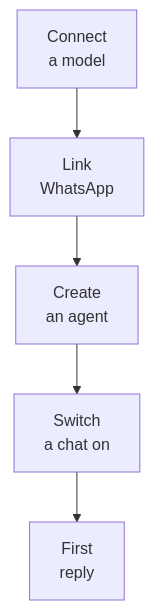
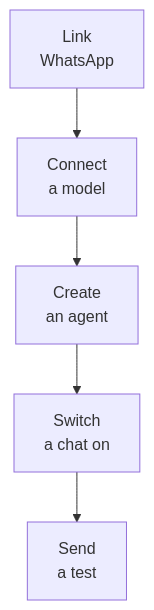
Before and after one commit to vikramgorla/duniya: the diagram in docs/diagrams/first-steps.mmd, drawn with Mermaid. The commit also changed 87 other files, not shown here.

```diff
--- a/docs/diagrams/first-steps.mmd
+++ b/docs/diagrams/first-steps.mmd
@@ -1,2 +1,2 @@
 flowchart TD
-  M["Connect<br/>a model"] --> L["Link<br/>WhatsApp"] --> A["Create<br/>an agent"] --> C["Switch<br/>a chat on"] --> R["First<br/>reply"]
+  L["Link<br/>WhatsApp"] --> M["Connect<br/>a model"] --> A["Create<br/>an agent"] --> C["Switch<br/>a chat on"] --> R["Send<br/>a test"]
```
